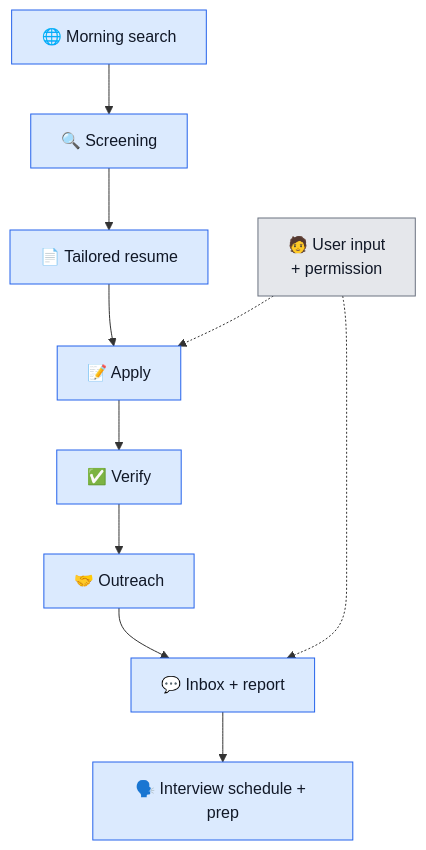
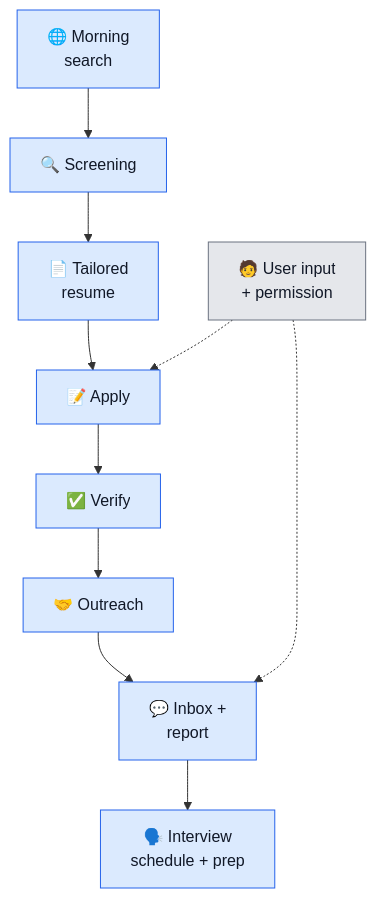
The diagram in README.md (yifanwu0909/job-search-program), drawn with Mermaid before and after one commit. The commit also changed 3 other files, not shown here.

First line of the commit message:
Docs: fix README flowchart label clipping; detail the mail scans + notification setup; 21 jobs

````diff
--- a/README.md
+++ b/README.md
@@ -42,17 +42,17 @@
 ```mermaid
 flowchart TD
-    A["🌐 Morning search"] --> B["🔍 Screening"]
-    B --> C["📄 Tailored resume"]
+    A["🌐 Morning<br/>search"] --> B["🔍 Screening"]
+    B --> C["📄 Tailored<br/>resume"]
     C --> D["📝 Apply"]
     D --> E["✅ Verify"]
     E --> F["🤝 Outreach"]
-    F --> G["💬 Inbox + report"]
-    G --> H["🗣️ Interview schedule + prep"]
+    F --> G["💬 Inbox +<br/>report"]
+    G --> H["🗣️ Interview<br/>schedule + prep"]
     Y["🧑 User input<br/>+ permission"] -.-> D
     Y -.-> G
 
     classDef system fill:#dbeafe,stroke:#2563eb,color:#111827;
     classDef person fill:#e5e7eb,stroke:#6b7280,color:#111827;
     class A,B,C,D,E,F,G,H system;
     class Y person;
 ```
````
